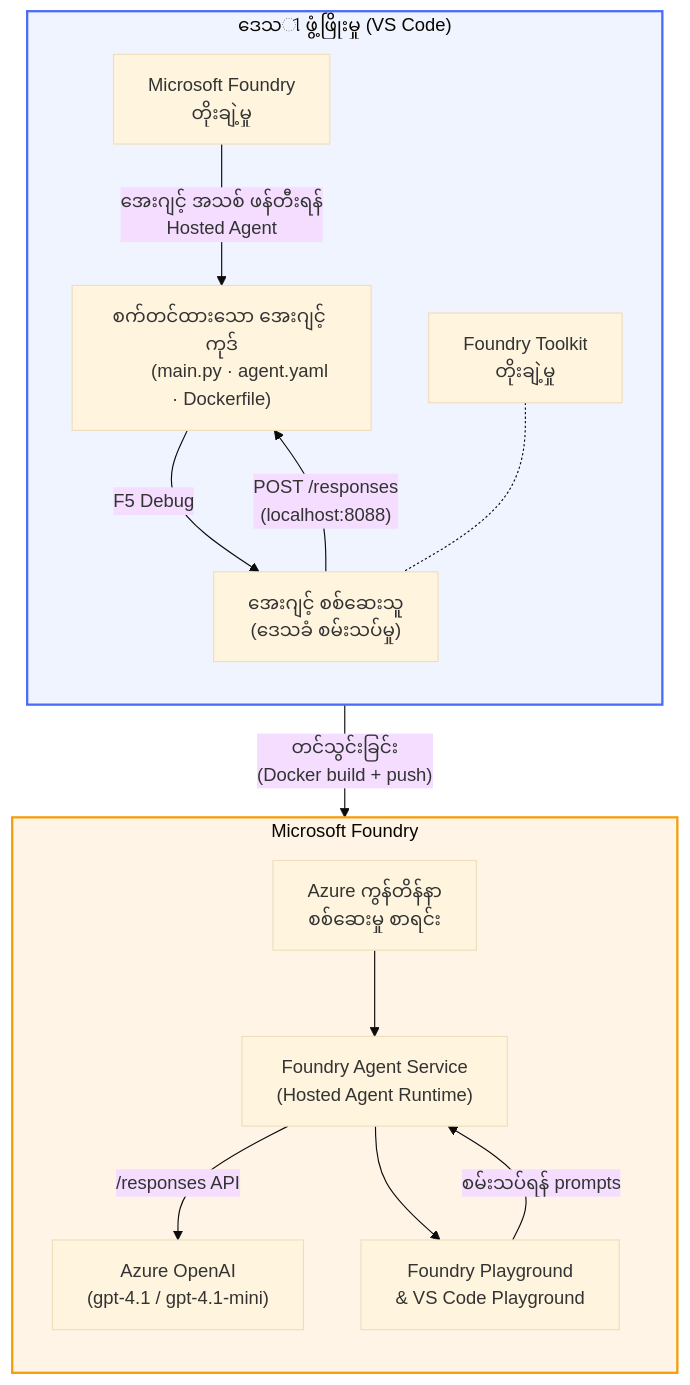
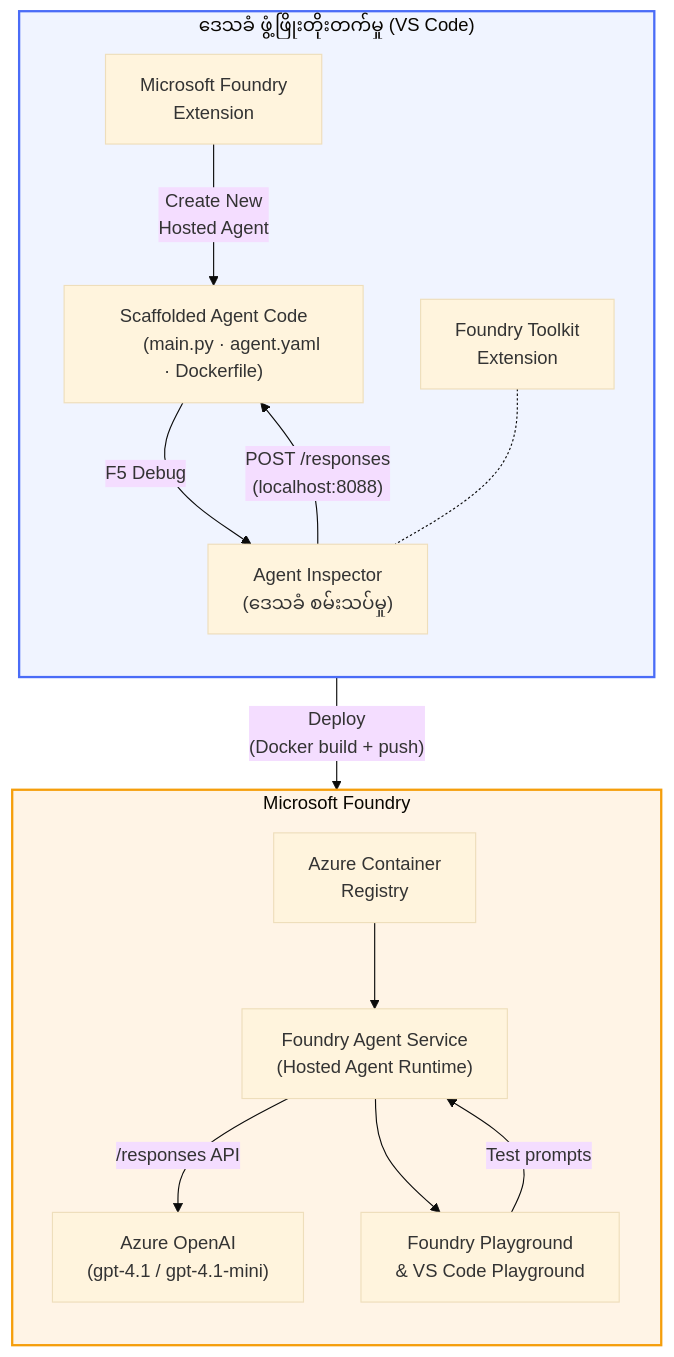
Before and after one commit to microsoft-foundry/Foundry_Toolkit_for_VSCode_Lab: the diagram in translations/my/README.md, drawn with Mermaid (base theme). The commit also changed other lines of this file and 110 other files, not shown here.

````diff
--- a/translations/my/README.md
+++ b/translations/my/README.md
@@ -48,42 +52,42 @@
 ```mermaid
 flowchart TB
-    subgraph Local["ဒေသୀ ဖွံ့ဖြိုးမှု (VS Code)"]
+    subgraph Local["ဒေသခံ ဖွံ့ဖြိုးတိုးတက်မှု (VS Code)"]
         direction TB
         FE["Microsoft Foundry
-        တိုးချဲ့မှု"]
+        Extension"]
         FoundryToolkit["Foundry Toolkit
-        တိုးချဲ့မှု"]
-        Scaffold["စက်တင်ထားသော အေးဂျင့် ကုဒ်
+        Extension"]
+        Scaffold["Scaffolded Agent Code
         (main.py · agent.yaml · Dockerfile)"]
-        Inspector["အေးဂျင့် စစ်ဆေးသူ
+        Inspector["Agent Inspector
         (ဒေသခံ စမ်းသပ်မှု)"]
-        FE -- "အေးဂျင့် အသစ် ဖန်တီးရန်
+        FE -- "Create New
         Hosted Agent" --> Scaffold
         Scaffold -- "F5 Debug" --> Inspector
         FoundryToolkit -.- Inspector
     end
 
     subgraph Cloud["Microsoft Foundry"]
         direction TB
-        ACR["Azure ကွန်တိန်နာ
-        စစ်ဆေးမှု စာရင်း"]
+        ACR["Azure Container
+        Registry"]
         AgentService["Foundry Agent Service
         (Hosted Agent Runtime)"]
         Model["Azure OpenAI
         (gpt-4.1 / gpt-4.1-mini)"]
         Playground["Foundry Playground
         & VS Code Playground"]
         ACR --> AgentService
         AgentService -- "/responses API" --> Model
         AgentService --> Playground
     end
 
-    Scaffold -- "တင်သွင်းခြင်း
+    Scaffold -- "Deploy
     (Docker build + push)" --> ACR
     Inspector -- "POST /responses
     (localhost:8088)" --> Scaffold
-    Playground -- "စမ်းသပ်ရန် prompts" --> AgentService
+    Playground -- "Test prompts" --> AgentService
 
     style Local fill:#f0f4ff,stroke:#4a6cf7,stroke-width:2px
     style Cloud fill:#fff4e6,stroke:#f59e0b,stroke-width:2px
 ```
````
